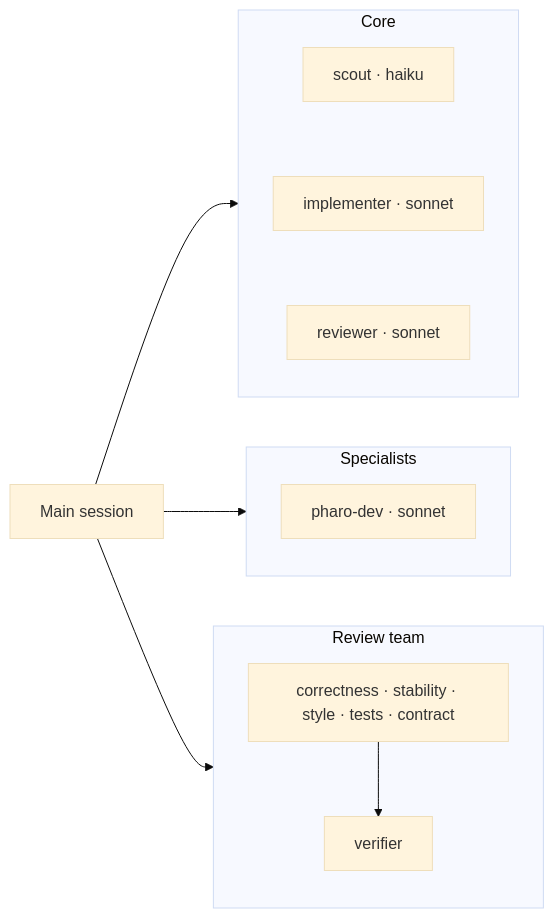
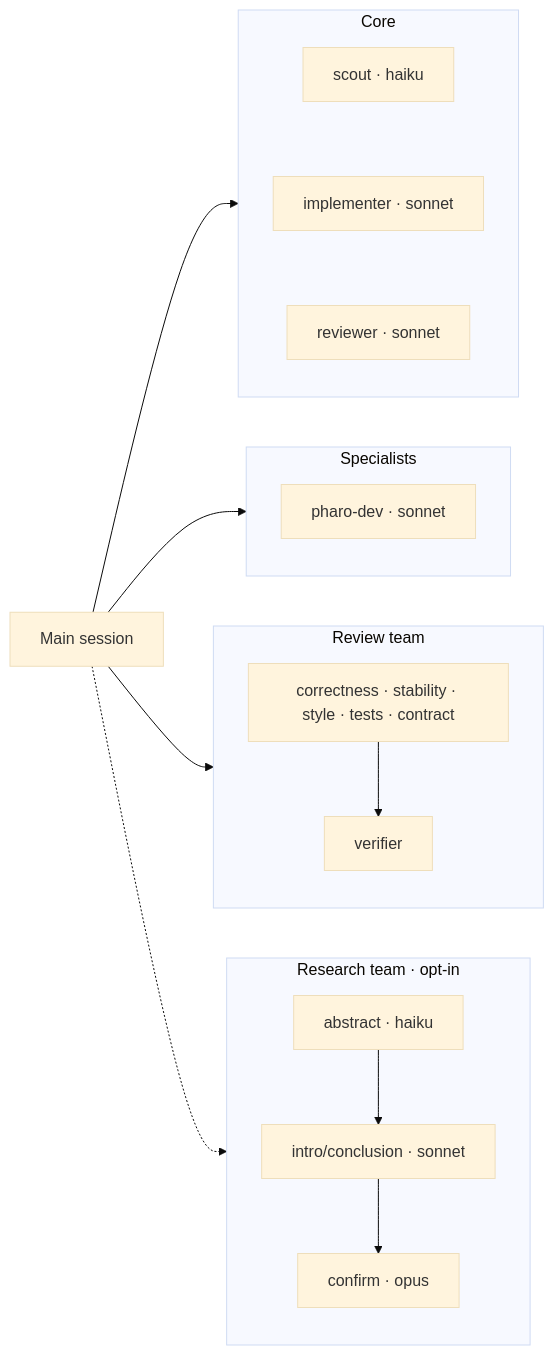
Before and after one commit to badetitou/badetitou-team: the diagram in README.md, drawn with Mermaid (base theme). The commit also changed other lines of this file and 11 other files, not shown here.

First line of the commit message:
Add the research team: three-stage literature funnel

````diff
--- a/README.md
+++ b/README.md
@@ -17,15 +17,19 @@
 ```mermaid
 flowchart LR
   main[Main session] --> core
   main --> spec
   main --> review
+  main -.-> research
   subgraph core[Core]
     scout[scout · haiku] ~~~ impl[implementer · sonnet] ~~~ rev[reviewer · sonnet]
   end
   subgraph spec[Specialists]
     pharo[pharo-dev · sonnet]
   end
   subgraph review[Review team]
     lenses[correctness · stability · style · tests · contract] --> v[verifier]
   end
+  subgraph research[Research team · opt-in]
+    abs[abstract · haiku] --> intro[intro/conclusion · sonnet] --> conf[confirm · opus]
+  end
 ```
````
